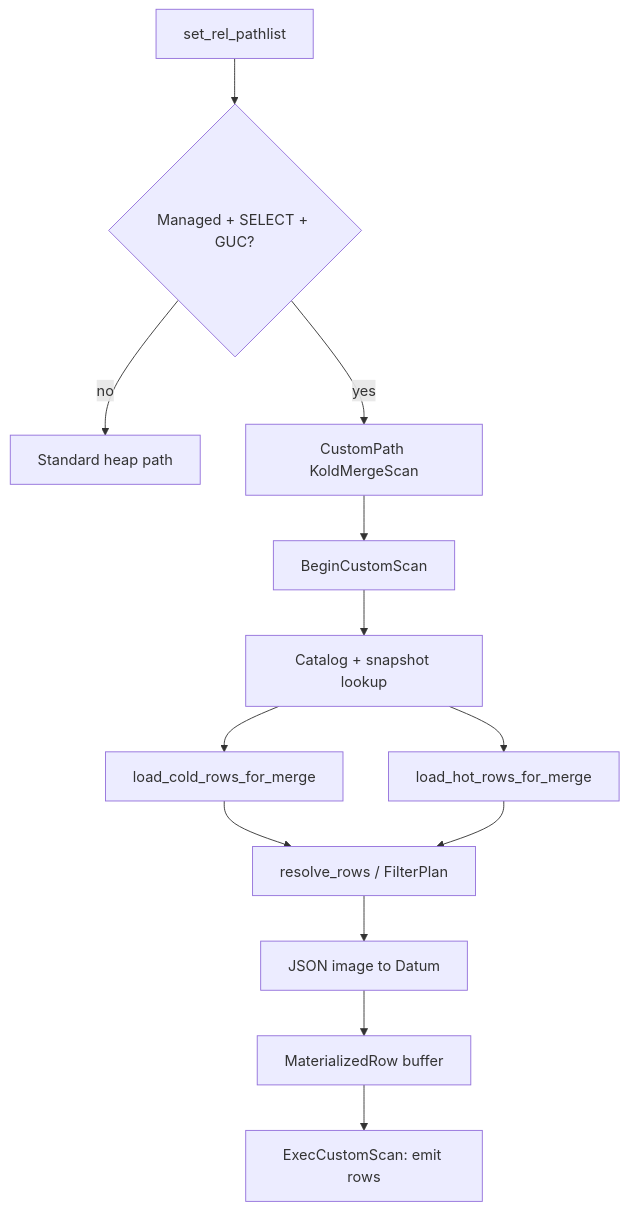
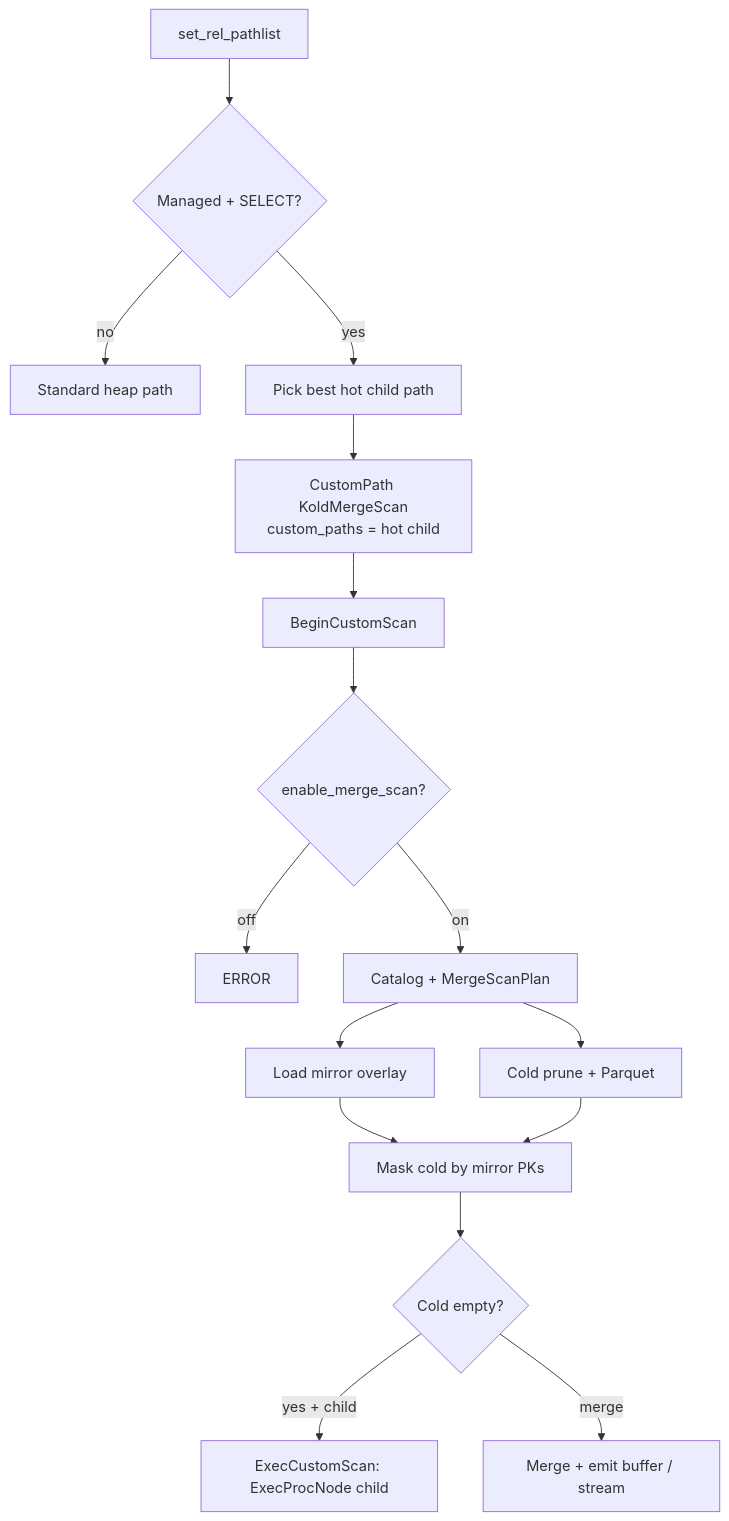
One commit to kalamdb/koldstore changed the diagram in docs/architecture/scanning-table.md. Above: the diagram before and after it, drawn with Mermaid. The commit also changed other lines of this file and 89 other files, not shown here.

````diff
--- a/docs/architecture/scanning-table.md
+++ b/docs/architecture/scanning-table.md
@@ -29,15 +60,18 @@
 ```mermaid
 flowchart TD
-  Hook["set_rel_pathlist"] --> Gate{Managed + SELECT + GUC?}
+  Hook["set_rel_pathlist"] --> Gate{Managed + SELECT?}
   Gate -->|no| Heap[Standard heap path]
-  Gate -->|yes| CP[CustomPath KoldMergeScan]
+  Gate -->|yes| Child[Pick best hot child path]
+  Child --> CP["CustomPath KoldMergeScan\ncustom_paths = hot child"]
   CP --> Begin["BeginCustomScan"]
-  Begin --> Cat[Catalog + snapshot lookup]
-  Cat --> Cold[load_cold_rows_for_merge]
-  Cat --> Hot[load_hot_rows_for_merge]
-  Cold --> Resolve[resolve_rows / FilterPlan]
-  Hot --> Resolve
-  Resolve --> Emit[JSON image to Datum]
-  Emit --> Buf[MaterializedRow buffer]
-  Buf --> Exec["ExecCustomScan: emit rows"]
+  Begin --> Guc{enable_merge_scan?}
+  Guc -->|off| Err[ERROR]
+  Guc -->|on| Cat[Catalog + MergeScanPlan]
+  Cat --> Mirror[Load mirror overlay]
+  Cat --> Cold[Cold prune + Parquet]
+  Mirror --> Merge[Mask cold by mirror PKs]
+  Cold --> Merge
+  Merge --> HotOnly{Cold empty?}
+  HotOnly -->|yes + child| Stream["ExecCustomScan: ExecProcNode child"]
+  HotOnly -->|merge| Buf["Merge + emit buffer / stream"]
 ```
````
